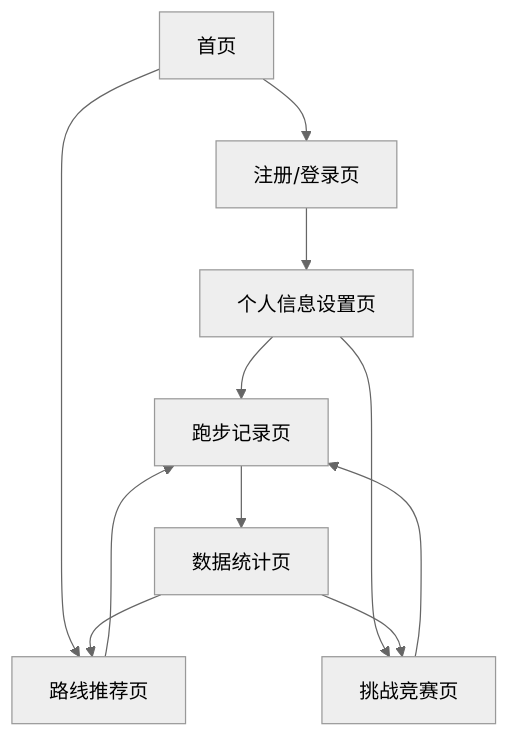
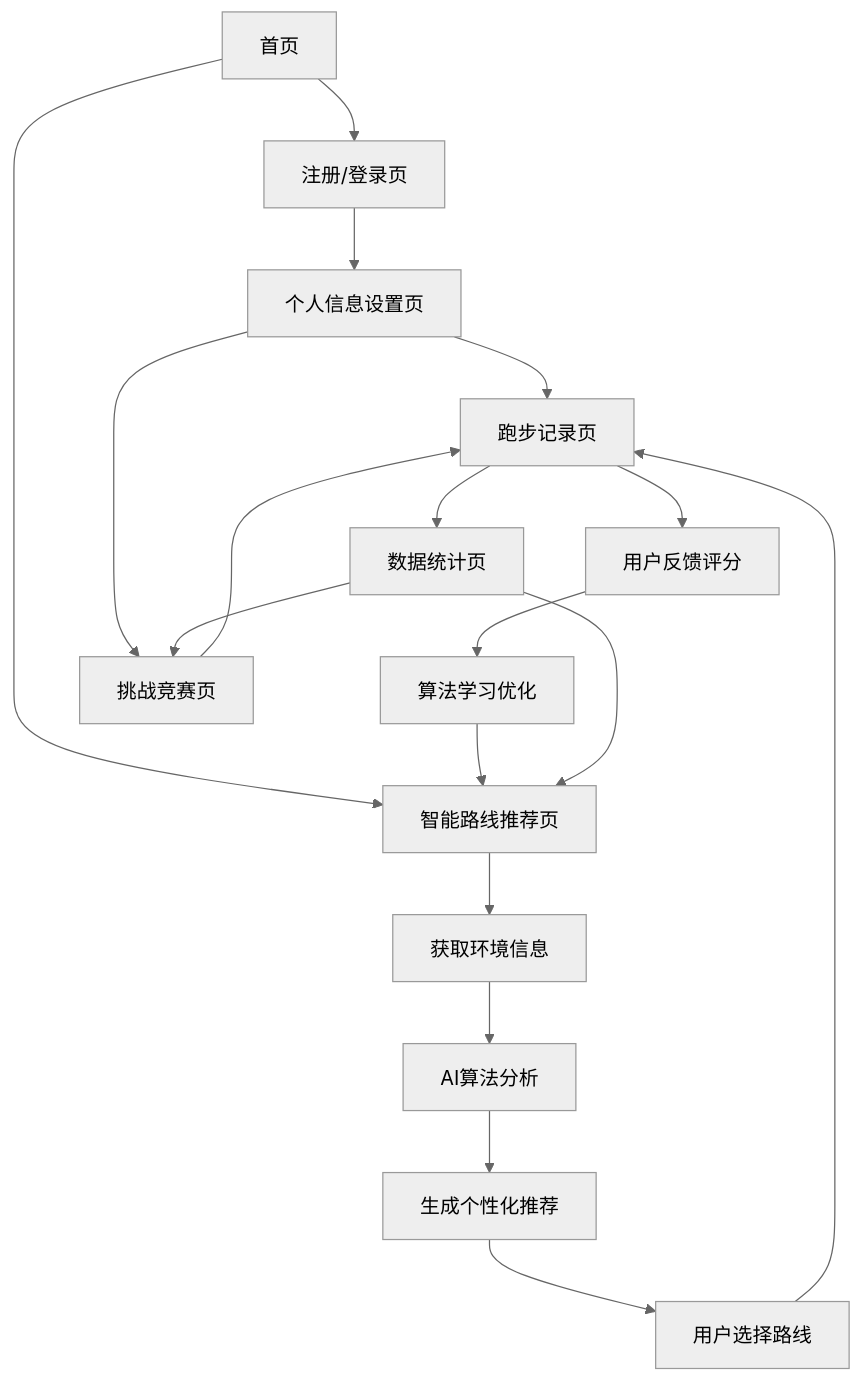
One commit to lily666-hub/shanghai-city-run changed the diagram in .trae/documents/上海城市跑-产品需求文档.md. Above: the diagram before and after it, drawn with Mermaid (neutral theme). The commit also changed other lines of this file and 18 other files, not shown here.

````diff
--- a/.trae/documents/上海城市跑-产品需求文档.md
+++ b/.trae/documents/上海城市跑-产品需求文档.md
@@ -57,13 +135,20 @@
 ```mermaid
 graph TD
     A[首页] --> B[注册/登录页]
     B --> C[个人信息设置页]
     C --> D[跑步记录页]
     D --> E[数据统计页]
-    A --> F[路线推荐页]
-    F --> D
+    A --> F[智能路线推荐页]
+    F --> F1[获取环境信息]
+    F1 --> F2[AI算法分析]
+    F2 --> F3[生成个性化推荐]
+    F3 --> F4[用户选择路线]
+    F4 --> D
+    D --> F5[用户反馈评分]
+    F5 --> F6[算法学习优化]
+    F6 --> F
     C --> G[挑战竞赛页]
     G --> D
     E --> F
     E --> G
 ```
````
